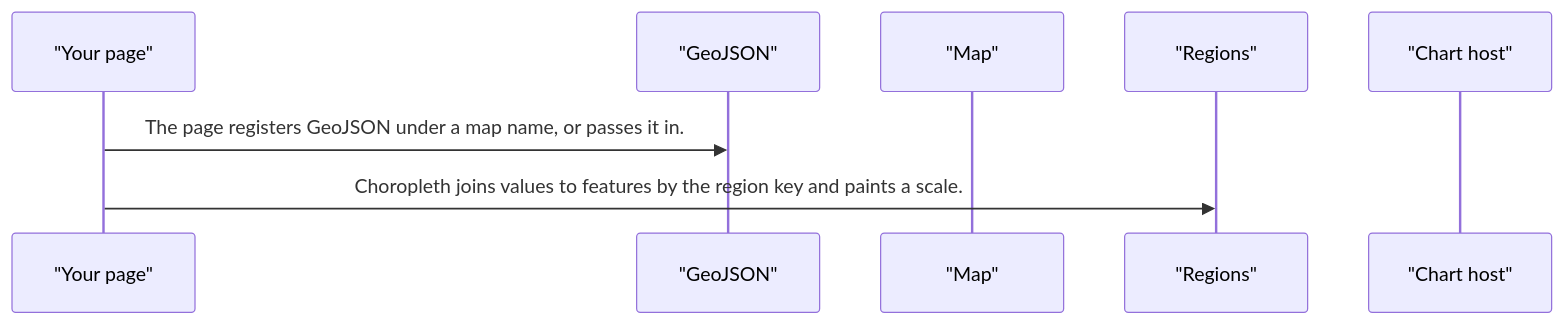
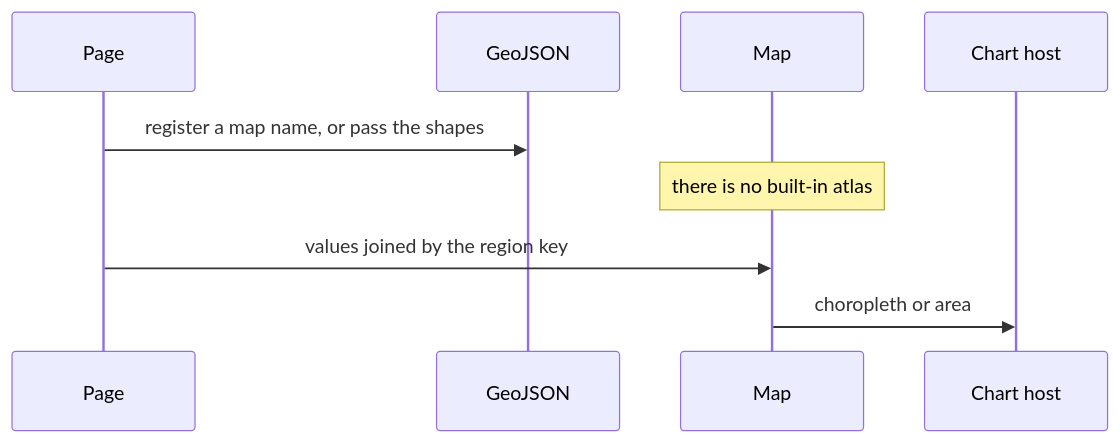
Before and after one commit to RajshekharBorate/pixel-ui: the second of 5 diagrams in projects/pixel-ui/src/lib/pixel-chart-map/DESIGN.md, drawn with Mermaid. The commit also changed other lines of this file and 73 other files, not shown here.

Commit message:
Explain who owns each value and what each flow does in every component and service design.

````diff
--- a/projects/pixel-ui/src/lib/pixel-chart-map/DESIGN.md
+++ b/projects/pixel-ui/src/lib/pixel-chart-map/DESIGN.md
@@ -68,10 +79,11 @@
 ```mermaid
 sequenceDiagram
-  participant page as "Your page"
-  participant geo as "GeoJSON"
-  participant plot as "Map"
-  participant region as "Regions"
-  participant host as "Chart host"
-  page->>geo: The page registers GeoJSON under a map name, or passes it in.
-  page->>region: Choropleth joins values to features by the region key and paints a scale.
+  participant Page
+  participant Geo as GeoJSON
+  participant Map
+  participant Host as Chart host
+  Page->>Geo: register a map name, or pass the shapes
+  Note over Map: there is no built-in atlas
+  Page->>Map: values joined by the region key
+  Map->>Host: choropleth or area
 ```
````
